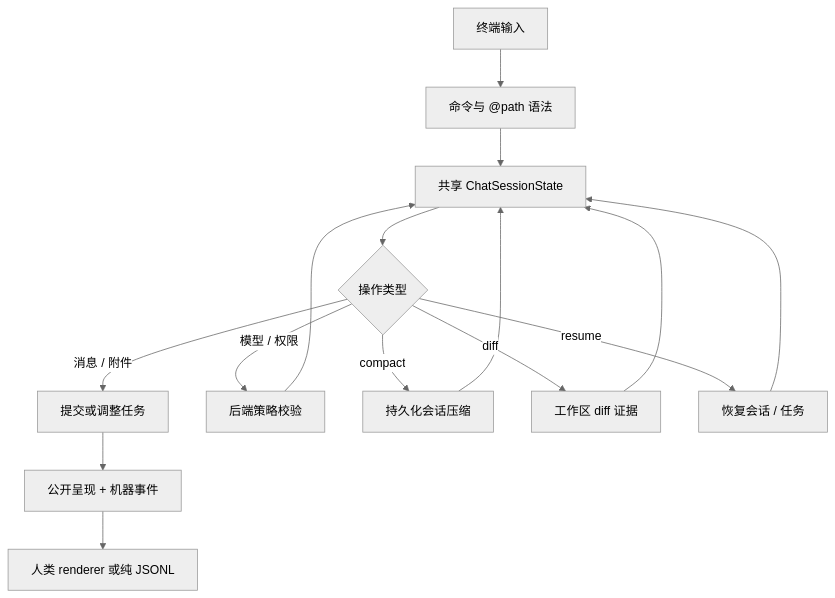
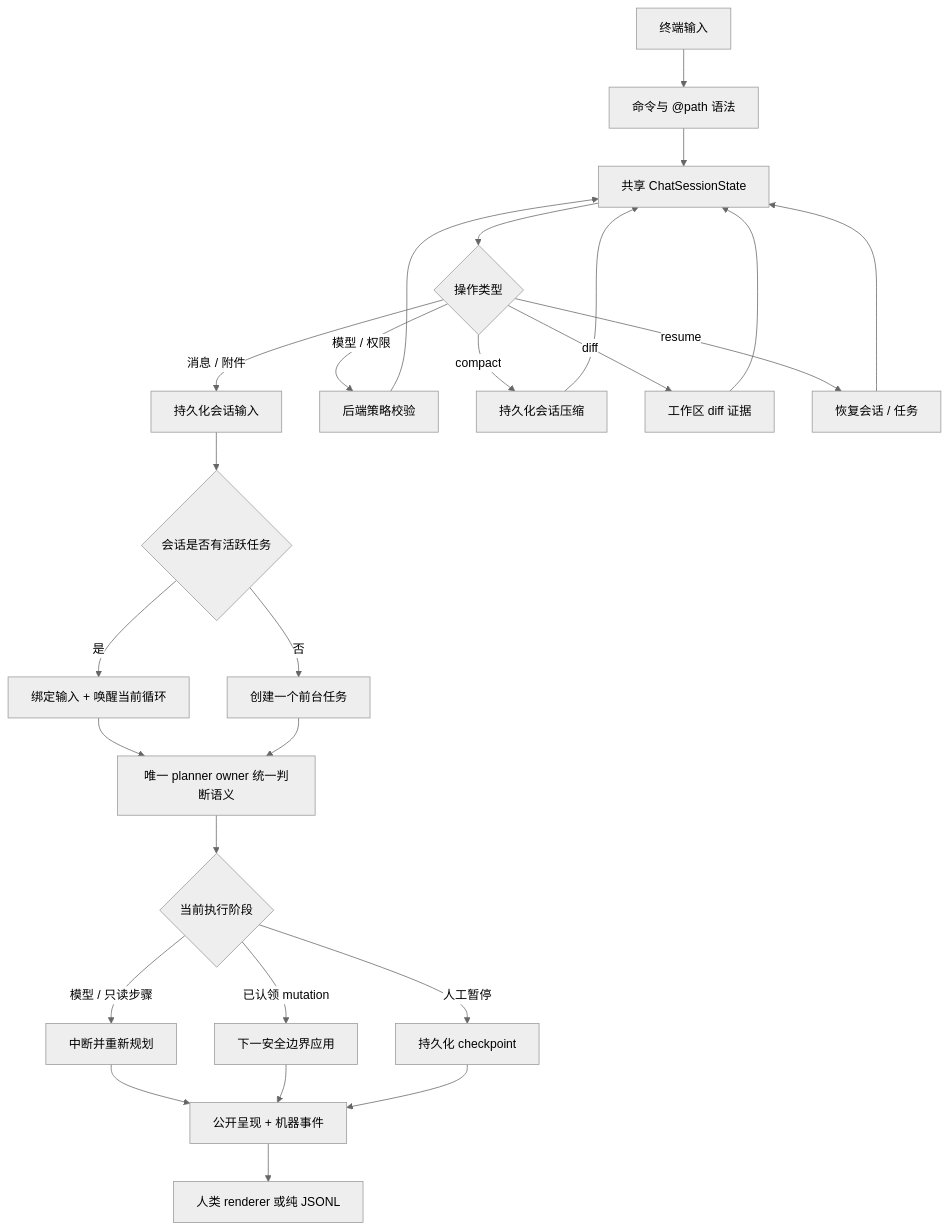
One commit to MatrixCoreX/RustClaw changed the third of 3 diagrams in docs/architecture/09-interactive-coding.zh-CN.md. Above: the diagram before and after it, drawn with Mermaid (neutral theme). The commit also changed other lines of this file and 303 other files, not shown here.

````diff
--- a/docs/architecture/09-interactive-coding.zh-CN.md
+++ b/docs/architecture/09-interactive-coding.zh-CN.md
@@ -73,17 +73,28 @@
 ```mermaid
 flowchart TD
     A[终端输入] --> B[命令与 @path 语法]
     B --> C[共享 ChatSessionState]
     C --> D{操作类型}
-    D -->|消息 / 附件| E[提交或调整任务]
+    D -->|消息 / 附件| E[持久化会话输入]
     D -->|模型 / 权限| F[后端策略校验]
     D -->|compact| G[持久化会话压缩]
     D -->|diff| H[工作区 diff 证据]
     D -->|resume| I[恢复会话 / 任务]
-    E --> J[公开呈现 + 机器事件]
+    E --> E1{会话是否有活跃任务}
+    E1 -->|是| E2[绑定输入 + 唤醒当前循环]
+    E1 -->|否| E3[创建一个前台任务]
+    E2 --> E4[唯一 planner owner 统一判断语义]
+    E3 --> E4
+    E4 --> E5{当前执行阶段}
+    E5 -->|模型 / 只读步骤| E6[中断并重新规划]
+    E5 -->|已认领 mutation| E7[下一安全边界应用]
+    E5 -->|人工暂停| E8[持久化 checkpoint]
+    E6 --> J[公开呈现 + 机器事件]
+    E7 --> J
+    E8 --> J
     F --> C
     G --> C
     H --> C
     I --> C
     J --> K[人类 renderer 或纯 JSONL]
 ```
````
